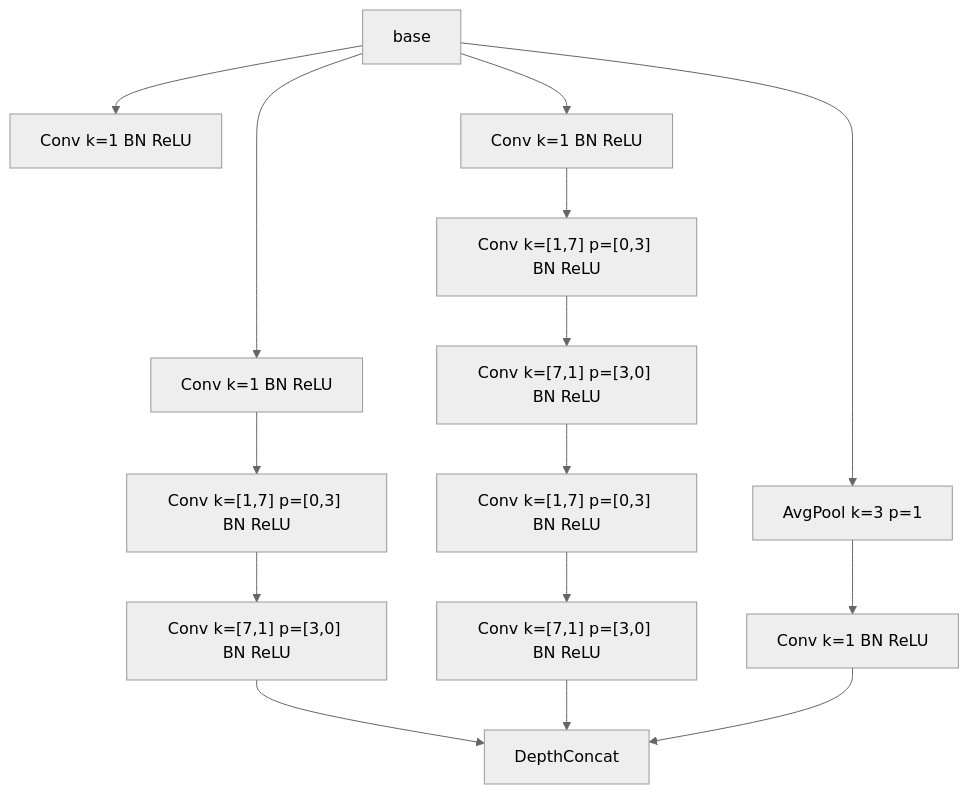
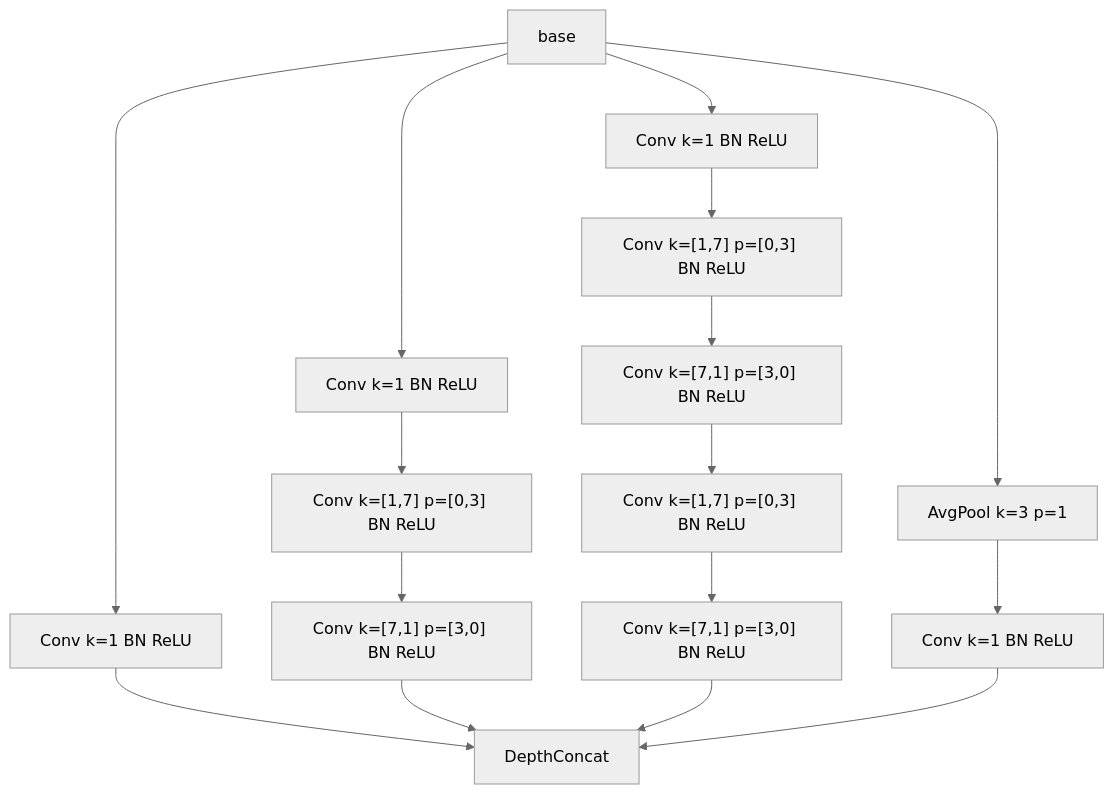
The second of 2 diagrams in ImageNet_evolution/Inception-v3.md (ybch14/ybch14.github.io), drawn with Mermaid (neutral theme) before and after one commit. The commit also changed other lines of this file, not shown here.

```diff
--- a/ImageNet_evolution/Inception-v3.md
+++ b/ImageNet_evolution/Inception-v3.md
@@ -103,30 +104,31 @@
 <div class="mermaid" id="inception-2-graph" style="display: block">
 graph TD;
 base["base"];
 conv1x1["Conv k=1 BN ReLU"];
 convnxn_a_reduce["Conv k=1 BN ReLU"];
 convnxn_a_1xn["Conv k=[1,7] p=[0,3] BN ReLU"];
 convnxn_a_nx1["Conv k=[7,1] p=[3,0] BN ReLU"];
 convnxn_b_reduce["Conv k=1 BN ReLU"];
 convnxn_b1_1xn["Conv k=[1,7] p=[0,3] BN ReLU"];
 convnxn_b1_nx1["Conv k=[7,1] p=[3,0] BN ReLU"];
 convnxn_b2_1xn["Conv k=[1,7] p=[0,3] BN ReLU"];
 convnxn_b2_nx1["Conv k=[7,1] p=[3,0] BN ReLU"];
 pool3x3["AvgPool k=3 p=1"];
 conv1x1_pool_proj["Conv k=1 BN ReLU"];
 output["DepthConcat"];
 base --> conv1x1;
 base --> convnxn_a_reduce;
 base --> convnxn_b_reduce;
 base --> pool3x3;
 convnxn_a_reduce --> convnxn_a_1xn;
 convnxn_a_1xn --> convnxn_a_nx1;
 convnxn_b_reduce --> convnxn_b1_1xn;
 convnxn_b1_1xn --> convnxn_b1_nx1;
 convnxn_b1_nx1 --> convnxn_b2_1xn;
 convnxn_b2_1xn --> convnxn_b2_nx1;
 pool3x3 --> conv1x1_pool_proj;
+conv1x1 --> output;
 convnxn_a_nx1 --> output;
 convnxn_b2_nx1 --> output;
 conv1x1_pool_proj --> output;
 </div>
```
